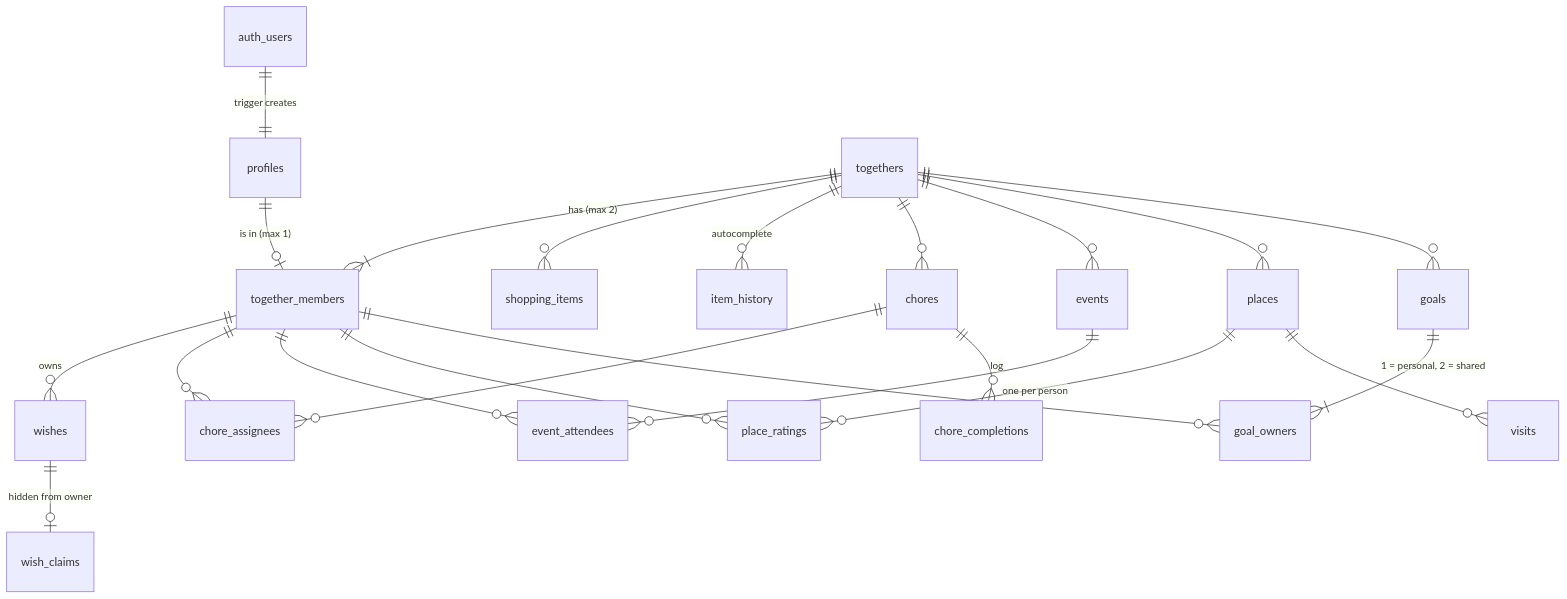
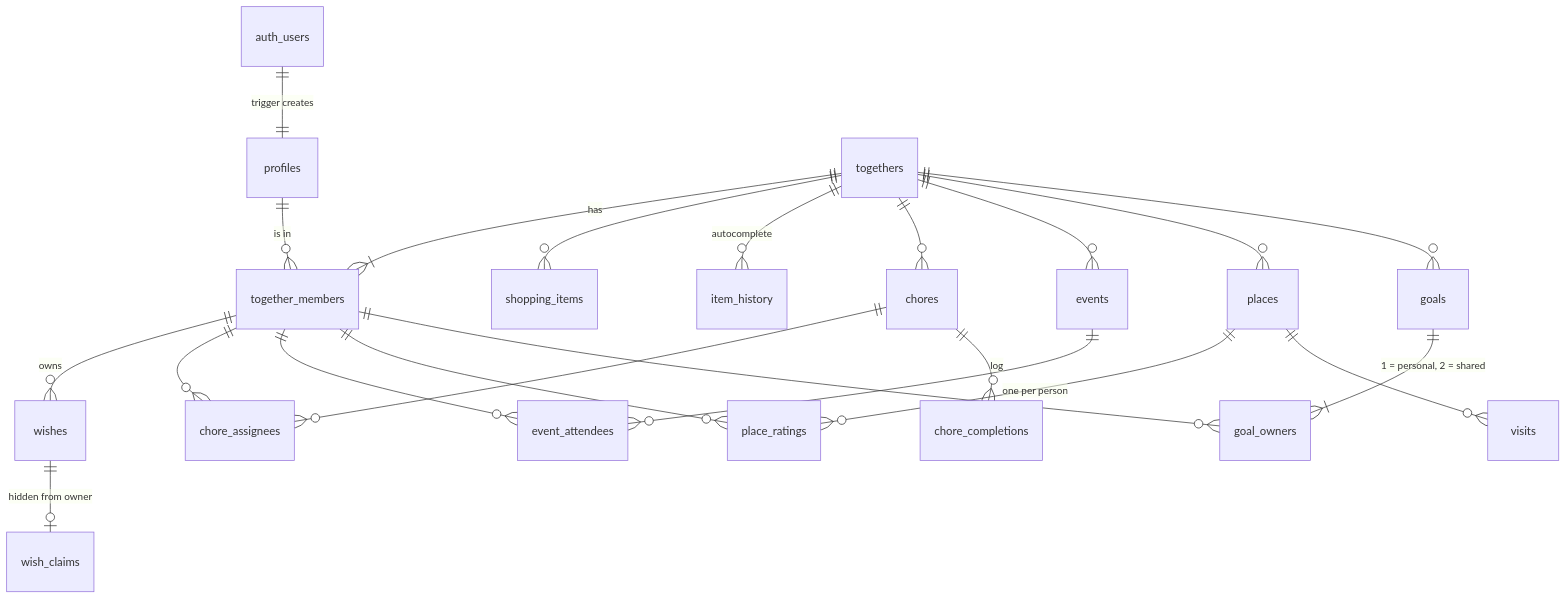
Before and after one commit to Brandon2255p/together: the diagram in docs/database.md, drawn with Mermaid. The commit also changed other lines of this file and 4 other files, not shown here.

````diff
--- a/docs/database.md
+++ b/docs/database.md
@@ -48,26 +49,26 @@
 ```mermaid
 erDiagram
   auth_users ||--|| profiles : "trigger creates"
-  profiles ||--o| together_members : "is in (max 1)"
-  togethers ||--|{ together_members : "has (max 2)"
+  profiles ||--o{ together_members : "is in"
+  togethers ||--|{ together_members : "has"
 
   togethers ||--o{ shopping_items : ""
   togethers ||--o{ item_history : "autocomplete"
   togethers ||--o{ chores : ""
   chores ||--o{ chore_assignees : ""
   chores ||--o{ chore_completions : "log"
   togethers ||--o{ events : ""
   events ||--o{ event_attendees : ""
   togethers ||--o{ places : ""
   places ||--o{ place_ratings : "one per person"
   places ||--o{ visits : ""
   together_members ||--o{ wishes : "owns"
   wishes ||--o| wish_claims : "hidden from owner"
   togethers ||--o{ goals : ""
   goals ||--|{ goal_owners : "1 = personal, 2 = shared"
 
   together_members ||--o{ chore_assignees : ""
   together_members ||--o{ event_attendees : ""
   together_members ||--o{ place_ratings : ""
   together_members ||--o{ goal_owners : ""
 ```
````
